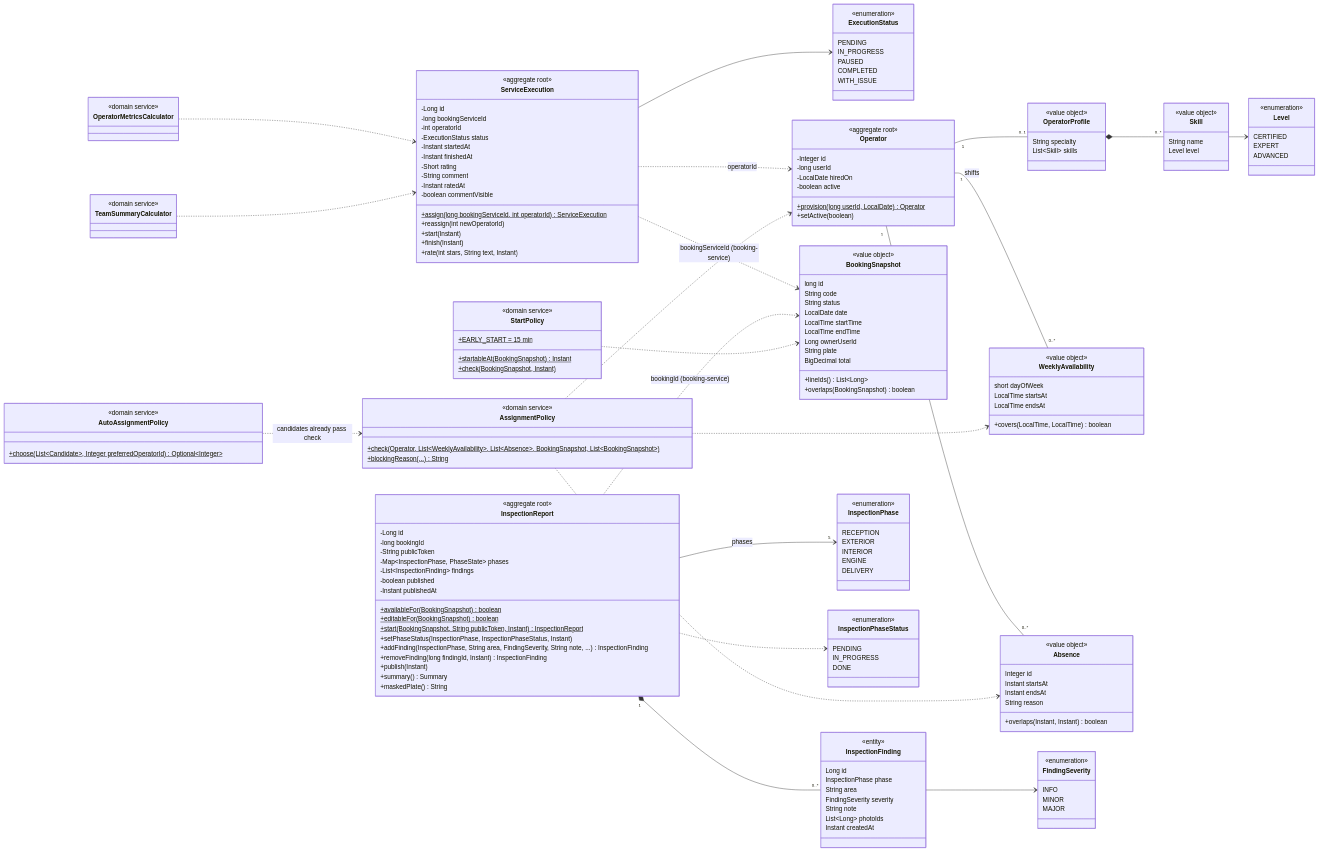
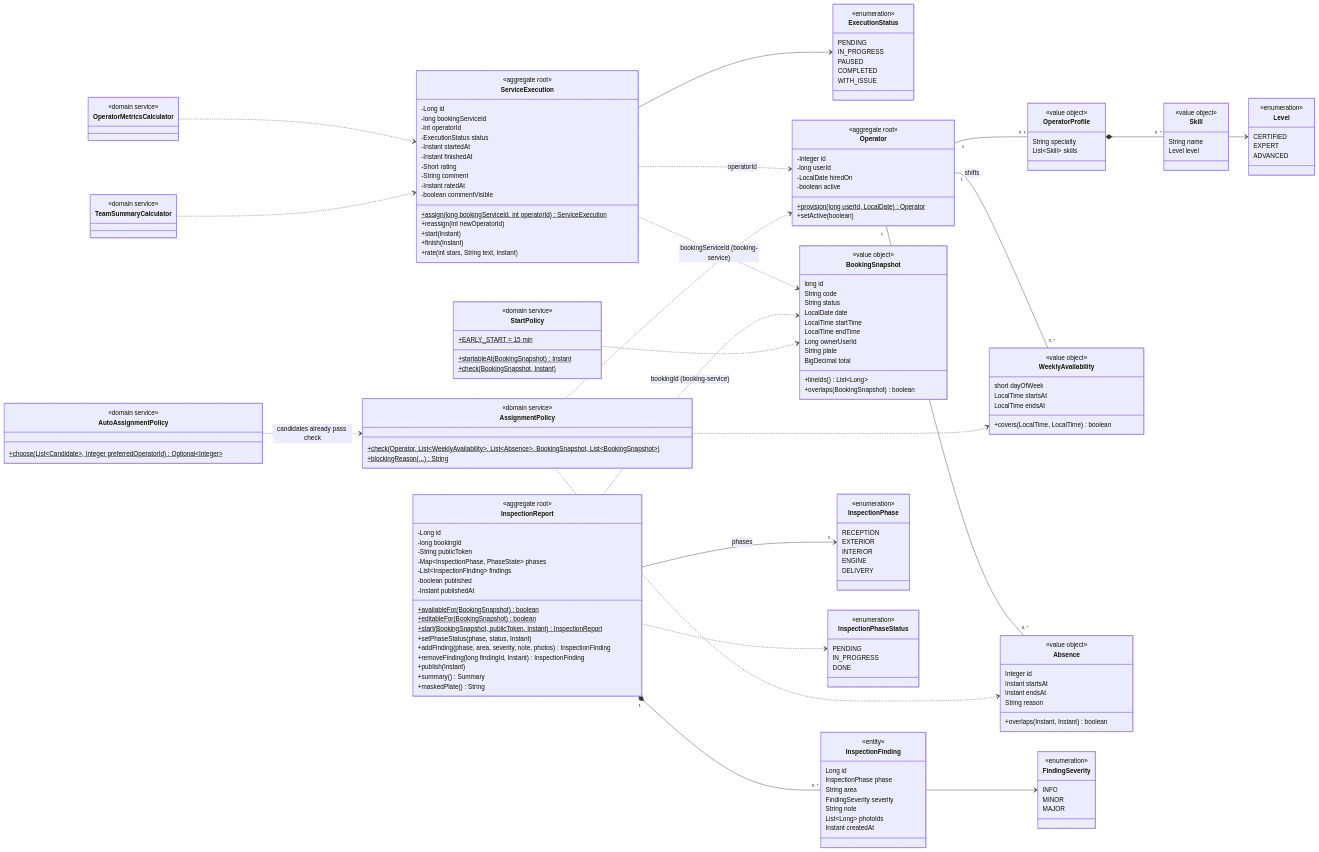
Before and after one commit to code-sena/vehicle-w-docs: the diagram in 08-uml/diagrams/source/class-operations.md, drawn with Mermaid. The commit also changed 1 other file, not shown here.

Commit message:
docs(uml): shorten long method signatures that overlapped in the class diagrams

```diff
--- a/08-uml/diagrams/source/class-operations.md
+++ b/08-uml/diagrams/source/class-operations.md
@@ -98,9 +98,9 @@
         -Instant publishedAt
         +availableFor(BookingSnapshot)$ boolean
         +editableFor(BookingSnapshot)$ boolean
-        +start(BookingSnapshot, String publicToken, Instant)$ InspectionReport
-        +setPhaseStatus(InspectionPhase, InspectionPhaseStatus, Instant)
-        +addFinding(InspectionPhase, String area, FindingSeverity, String note, ...) InspectionFinding
+        +start(BookingSnapshot, publicToken, Instant)$ InspectionReport
+        +setPhaseStatus(phase, status, Instant)
+        +addFinding(phase, area, severity, note, photos) InspectionFinding
         +removeFinding(long findingId, Instant) InspectionFinding
         +publish(Instant)
         +summary() Summary
```
